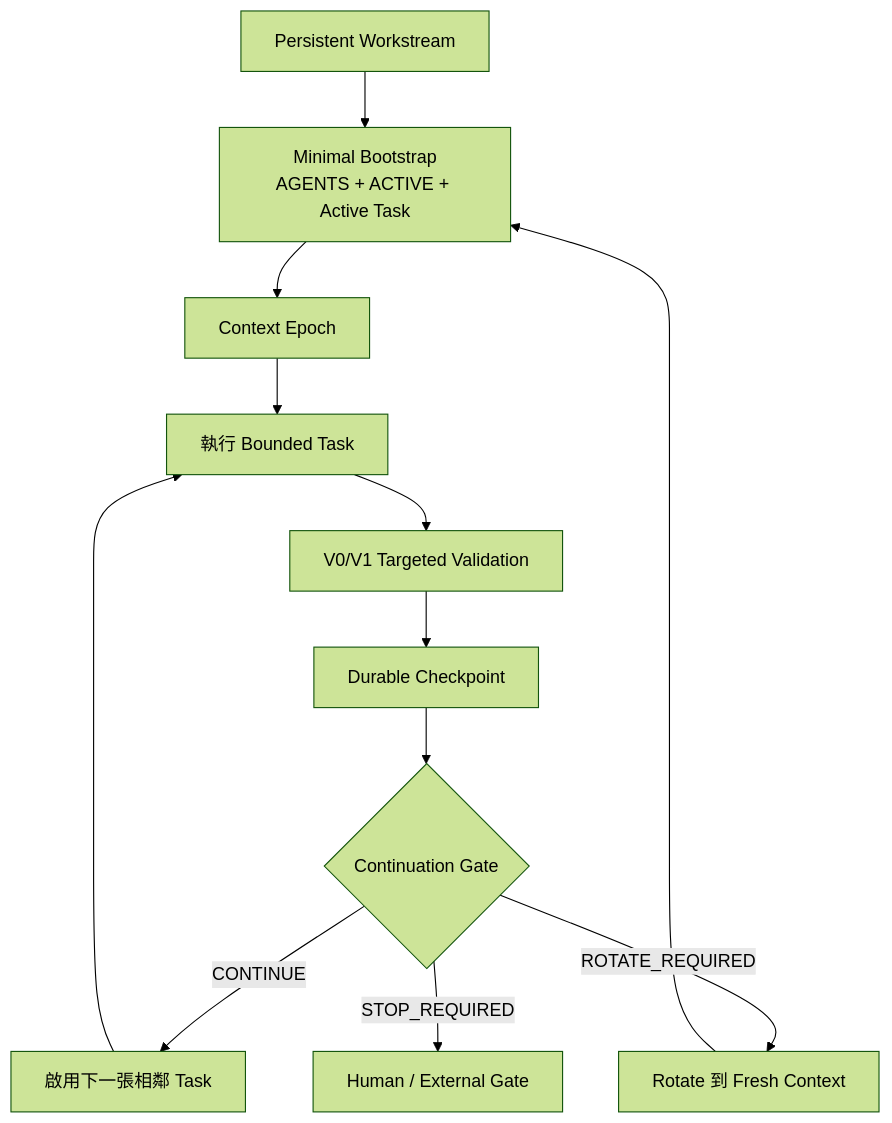
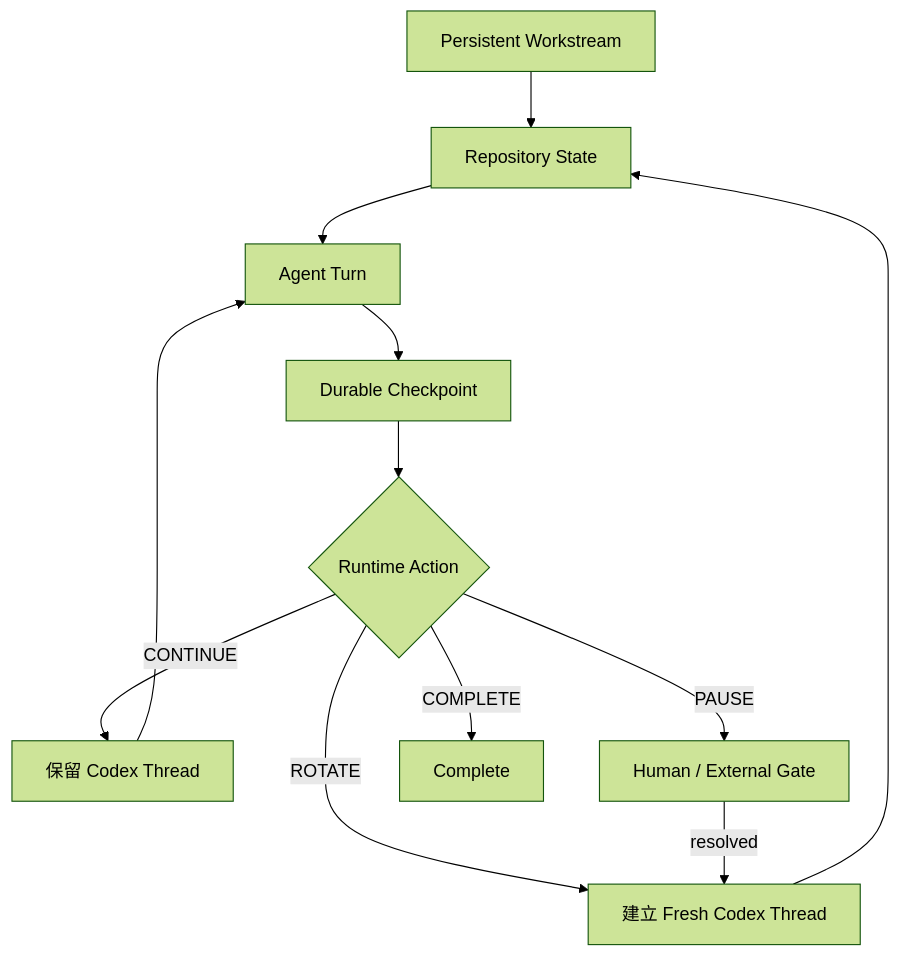
The diagram in README.zh-TW.md (hanklin9188/repository-state-agent-workflow), drawn with Mermaid (forest theme) before and after one commit. The commit also changed other lines of this file and 26 other files, not shown here.

````diff
--- a/README.zh-TW.md
+++ b/README.zh-TW.md
@@ -145,18 +131,19 @@
 ```mermaid
 flowchart TD
     W[Persistent Workstream]
-    B[Minimal Bootstrap\nAGENTS + ACTIVE + Active Task]
-    E[Context Epoch]
-    T[執行 Bounded Task]
-    V[V0/V1 Targeted Validation]
+    S[Repository State]
+    A[Agent Turn]
     C[Durable Checkpoint]
-    G{Continuation Gate}
-    N[啟用下一張相鄰 Task]
-    R[Rotate 到 Fresh Context]
-    H[Human / External Gate]
+    G{Runtime Action}
+    K[保留 Codex Thread]
+    R[建立 Fresh Codex Thread]
+    P[Human / External Gate]
+    D[Complete]
 
-    W --> B --> E --> T --> V --> C --> G
-    G -->|CONTINUE| N --> T
-    G -->|ROTATE_REQUIRED| R --> B
-    G -->|STOP_REQUIRED| H
+    W --> S --> A --> C --> G
+    G -->|CONTINUE| K --> A
+    G -->|ROTATE| R --> S
+    G -->|PAUSE| P
+    P -->|resolved| R
+    G -->|COMPLETE| D
 ```
````
